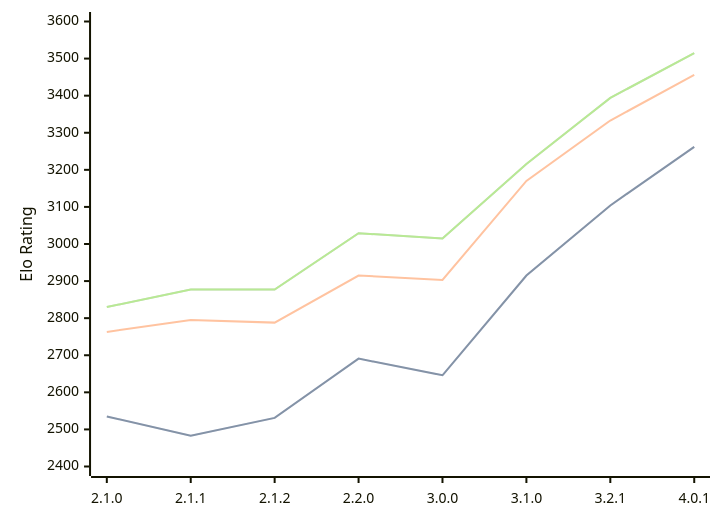
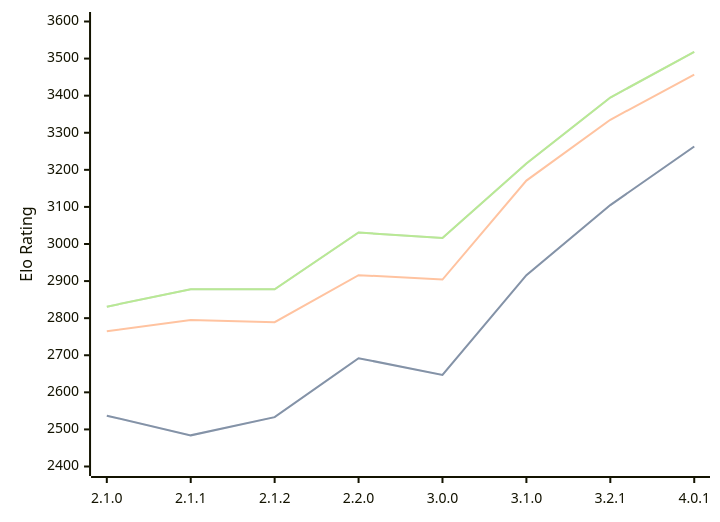
Before and after one commit to computer-chess-index/cci: the diagram in engines/Prune.md, drawn with Mermaid. The commit also changed other lines of this file, not shown here.

Commit message:
Update CCI Ratings (ELO VLTC) - 2026-10-09

````diff
--- a/engines/Prune.md
+++ b/engines/Prune.md
@@ -40,11 +40,11 @@
 ```mermaid
 %%{init: {"theme":"base","themeVariables":{"seriesColors:['#a3a3a3','#222221','#faa371']}}}%%
 xychart-beta
   x-axis ["2.1.0", "2.1.1", "2.1.2", "2.2.0", "3.0.0", "3.1.0", "3.2.1", "4.0.1"]
   y-axis "Elo Rating" 2400 --> 3600
-  line "" [2535, 2483, 2531, 2691, 2646, 2915, 3104, 3262]
-  line "STC (8.0+0.08s)" [2535, 2483, 2531, 2691, 2646, 2915, 3104, 3262]
-  line "LTC (60.0+0.60s)" [2763, 2795, 2788, 2915, 2903, 3170, 3333, 3456]
-  line "" [2830, 2877, 2877, 3029, 3015, 3216, 3394, 3515]
-  line "VLTC (2m24s+1.12s)" [2830, 2877, 2877, 3029, 3015, 3216, 3394, 3515]
+  line "" [2537, 2484, 2533, 2692, 2647, 2916, 3105, 3263]
+  line "STC (8.0+0.08s)" [2537, 2484, 2533, 2692, 2647, 2916, 3105, 3263]
+  line "LTC (60.0+0.60s)" [2765, 2795, 2789, 2916, 2904, 3171, 3335, 3457]
+  line "" [2831, 2878, 2878, 3031, 3016, 3217, 3395, 3518]
+  line "VLTC (2m24s+1.12s)" [2831, 2878, 2878, 3031, 3016, 3217, 3395, 3518]
 ```
````
